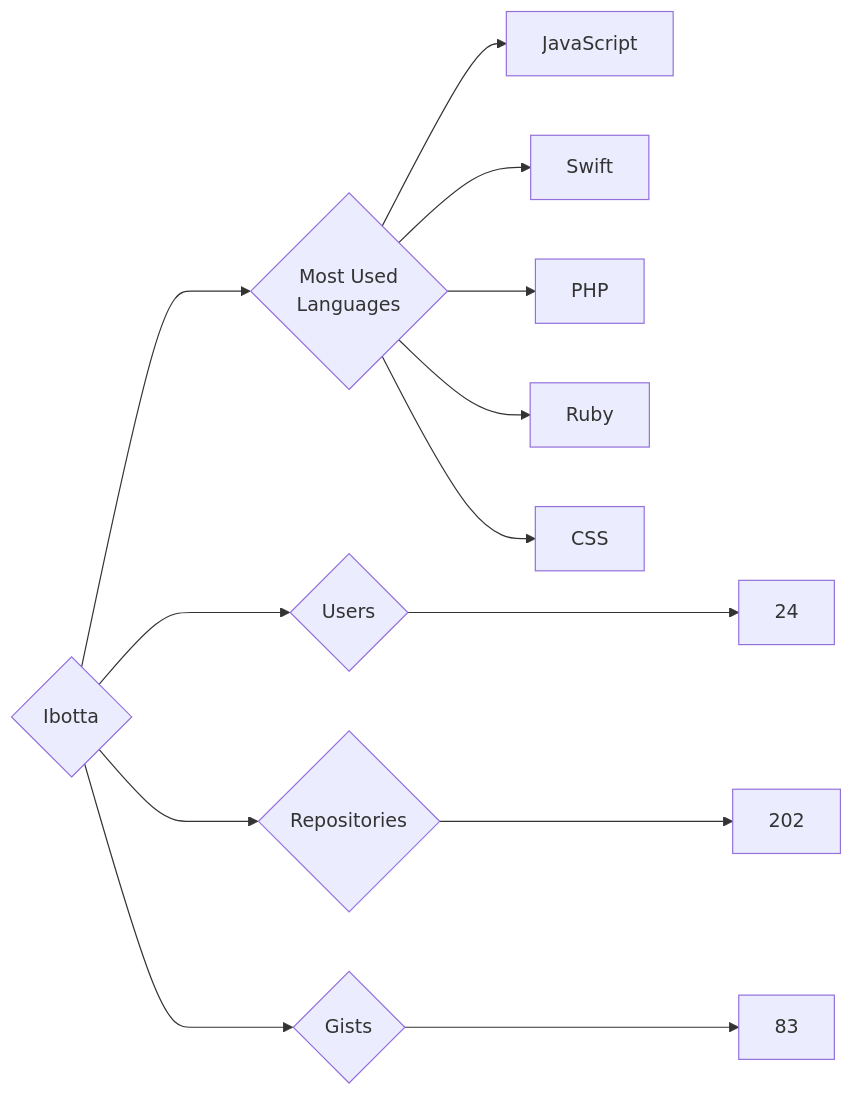
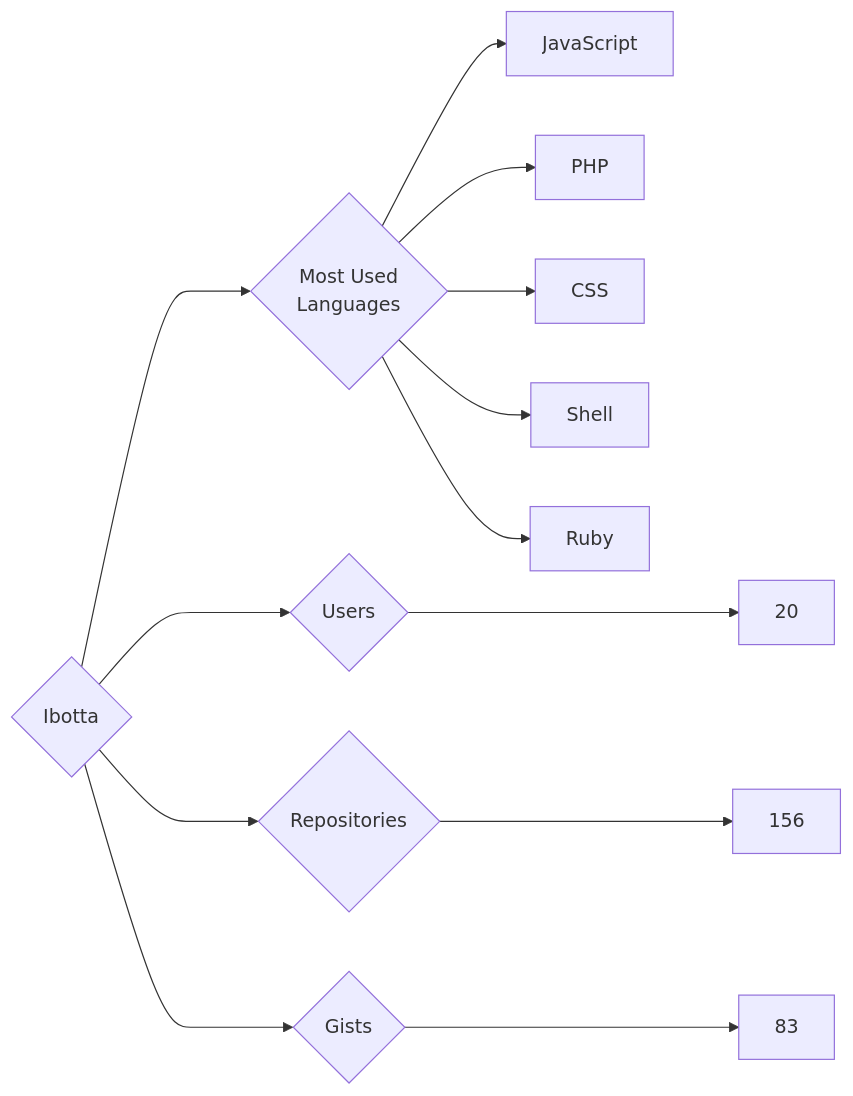
One commit to trickest/insiders changed the diagram in targets/Ibotta/README.md. Above: the diagram before and after it, drawn with Mermaid. The commit also changed 644 other files, not shown here.

````diff
--- a/targets/Ibotta/README.md
+++ b/targets/Ibotta/README.md
@@ -3,13 +3,13 @@
 ```mermaid
 graph LR
 COMPANY_NAME{Ibotta}
-COMPANY_NAME ---> U{Users} ---> UN[24]
-COMPANY_NAME ---> R{Repositories} ---> RN[202]
+COMPANY_NAME ---> U{Users} ---> UN[20]
+COMPANY_NAME ---> R{Repositories} ---> RN[156]
 COMPANY_NAME ---> G{Gists} ---> GN[83]
 COMPANY_NAME ---> ML{Most Used<br>Languages}
 ML --> JavaScript[JavaScript]
-ML --> Swift[Swift]
 ML --> PHP[PHP]
+ML --> CSS[CSS]
+ML --> Shell[Shell]
 ML --> Ruby[Ruby]
-ML --> CSS[CSS]
 ```
````
